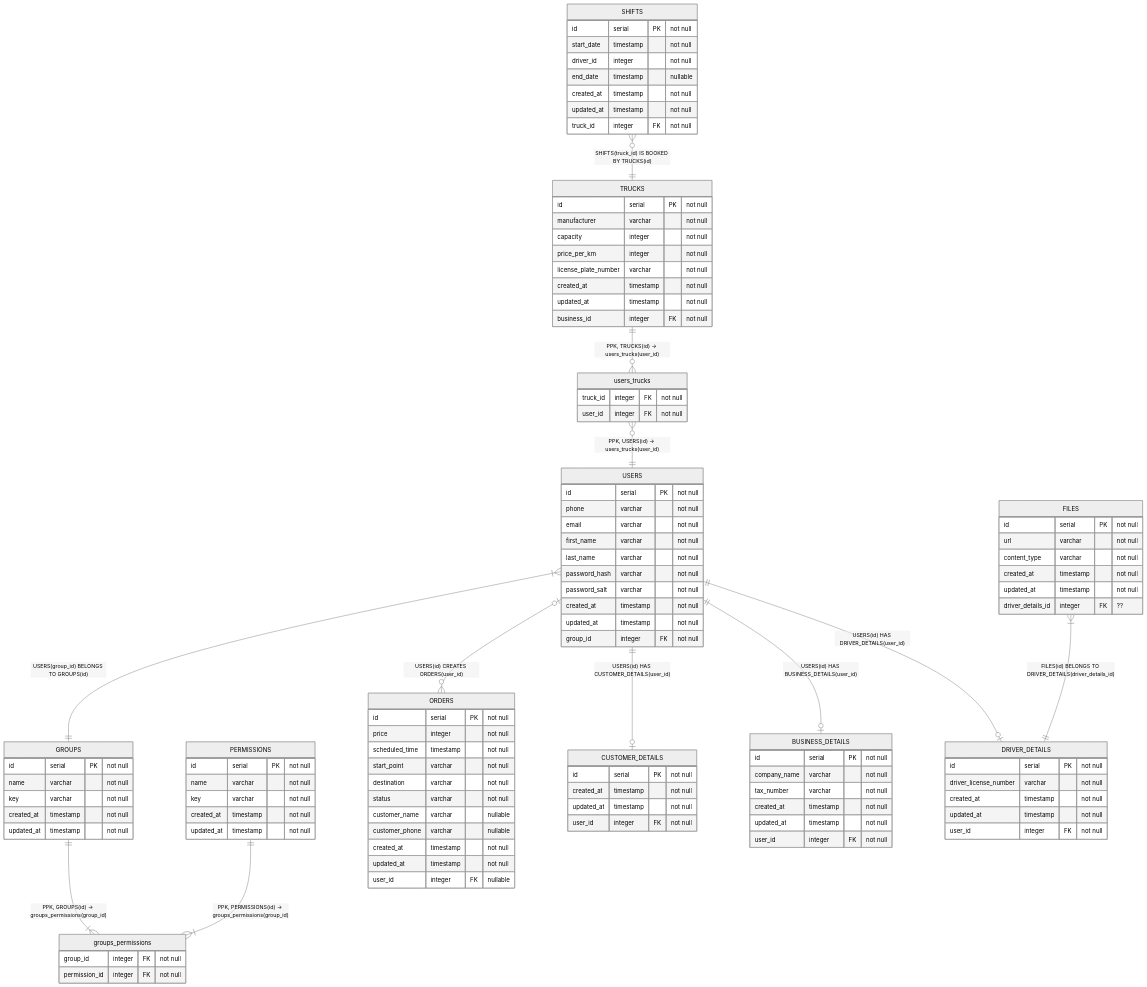
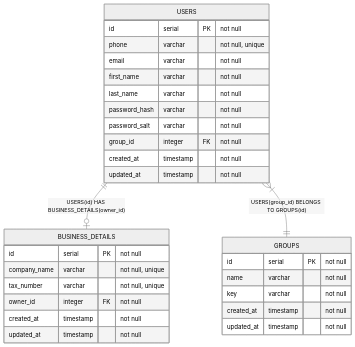
One commit to BinaryStudioAcademy/bsa-2023-towhub changed the diagram in readme.md. Above: the diagram before and after it, drawn with Mermaid (neutral theme).

Commit message:
th-9: - removed not implemented tables

````diff
--- a/readme.md
+++ b/readme.md
@@ -46,15 +48,15 @@
 
     USERS {
         id serial PK "not null"
-        phone varchar "not null"
+        phone varchar "not null, unique"
         email varchar "not null"
         first_name varchar "not null"
         last_name varchar "not null"
         password_hash varchar "not null"
         password_salt varchar "not null"
+        group_id integer FK "not null"
         created_at timestamp "not null"
         updated_at timestamp "not null"
-        group_id integer FK "not null"
     }
 
     GROUPS {
@@ -65,102 +67,16 @@
         updated_at timestamp "not null"
     }
 
-    groups_permissions {
-        group_id integer FK "not null"
-        permission_id integer FK "not null"
-    }
-
-    PERMISSIONS {
+    BUSINESS_DETAILS {
         id serial PK "not null"
-        name varchar "not null"
-        key varchar "not null"
+        company_name varchar "not null, unique"
+        tax_number varchar "not null, unique"
+        owner_id integer FK "not null"
         created_at timestamp "not null"
         updated_at timestamp "not null"
     }
 
-    ORDERS {
-        id serial PK "not null"
-        price integer "not null"
-        scheduled_time timestamp "not null"
-        start_point varchar "not null"
-        destination varchar "not null"
-        status varchar "not null"
-        customer_name varchar "nullable"
-        customer_phone varchar "nullable"
-        created_at timestamp "not null"
-        updated_at timestamp "not null"
-        user_id integer FK "nullable"
-    }
-
-    CUSTOMER_DETAILS {
-        id serial PK "not null"
-        created_at timestamp "not null"
-        updated_at timestamp "not null"
-        user_id integer FK "not null"
-    }
-
-    BUSINESS_DETAILS {
-        id serial PK "not null"
-        company_name varchar "not null"
-        tax_number varchar "not null"
-        created_at timestamp "not null"
-        updated_at timestamp "not null"
-        user_id integer FK "not null"
-    }
-
-    DRIVER_DETAILS {
-        id serial PK "not null"
-        driver_license_number varchar "not null"
-        created_at timestamp "not null"
-        updated_at timestamp "not null"
-        user_id integer FK "not null"
-    }
-
-    FILES {
-        id serial PK "not null"
-        url varchar "not null"
-        content_type varchar "not null"
-        created_at timestamp "not null"
-        updated_at timestamp "not null"
-        driver_details_id integer FK "??"
-    }
-
-    TRUCKS {
-        id serial PK "not null"
-        manufacturer varchar "not null"
-        capacity integer "not null"
-        price_per_km integer "not null"
-        license_plate_number varchar "not null"
-        created_at timestamp "not null"
-        updated_at timestamp "not null"
-        business_id integer FK "not null"
-    }
-
-    users_trucks {
-        truck_id integer FK "not null"
-        user_id integer FK "not null"
-    }
-
-    SHIFTS {
-        id serial PK "not null"
-        start_date timestamp "not null"
-        driver_id integer "not null"
-        end_date timestamp "nullable"
-        created_at timestamp "not null"
-        updated_at timestamp "not null"
-        truck_id integer FK "not null"
-    }
-
-    USERS zero or one -- zero or many ORDERS:  "USERS(id) CREATES ORDERS(user_id)"
-    USERS one -- zero or one CUSTOMER_DETAILS: "USERS(id) HAS CUSTOMER_DETAILS(user_id)"
-    USERS one -- zero or one BUSINESS_DETAILS: "USERS(id) HAS BUSINESS_DETAILS(user_id)"
-    USERS one -- zero or one DRIVER_DETAILS: "USERS(id) HAS DRIVER_DETAILS(user_id)"
-    FILES one or more -- one DRIVER_DETAILS: "FILES(id) BELONGS TO DRIVER_DETAILS(driver_details_id)"
+    USERS one -- zero or one BUSINESS_DETAILS: "USERS(id) HAS BUSINESS_DETAILS(owner_id)"
     USERS one or more -- only one GROUPS:  "USERS(group_id) BELONGS TO GROUPS(id)"
-    GROUPS only one -- one or more groups_permissions: "PPK, GROUPS(id) -> groups_permissions(group_id)"
-    PERMISSIONS only one -- one or more groups_permissions: "PPK, PERMISSIONS(id) -> groups_permissions(group_id)"
-    SHIFTS zero or many -- one TRUCKS: "SHIFTS(truck_id) IS BOOKED BY TRUCKS(id)"
-    users_trucks  zero or many -- one USERS: "PPK, USERS(id) -> users_trucks(user_id)"
-    TRUCKS one -- zero or many users_trucks: "PPK, TRUCKS(id) -> users_trucks(user_id)"
 
 ```
````
